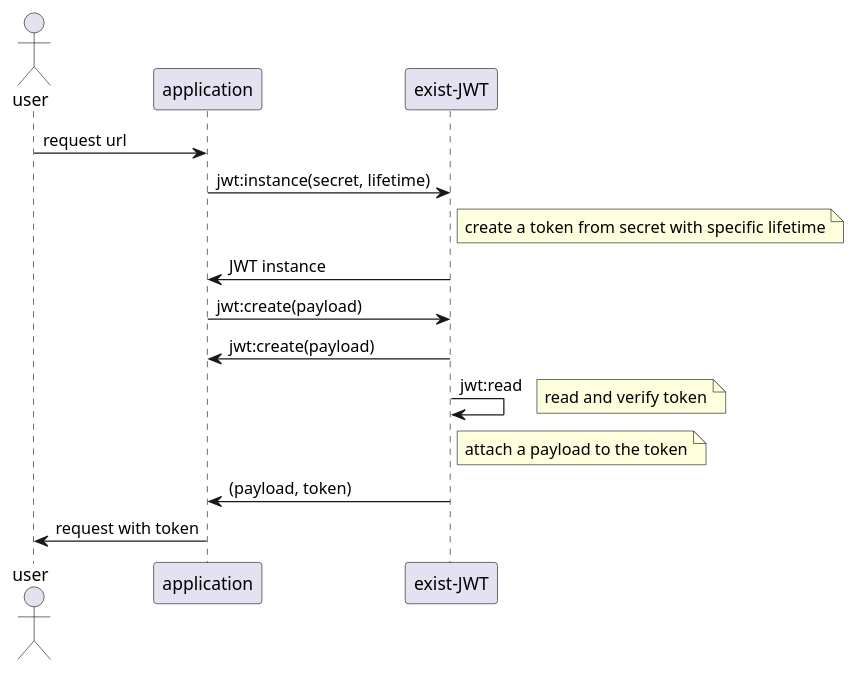
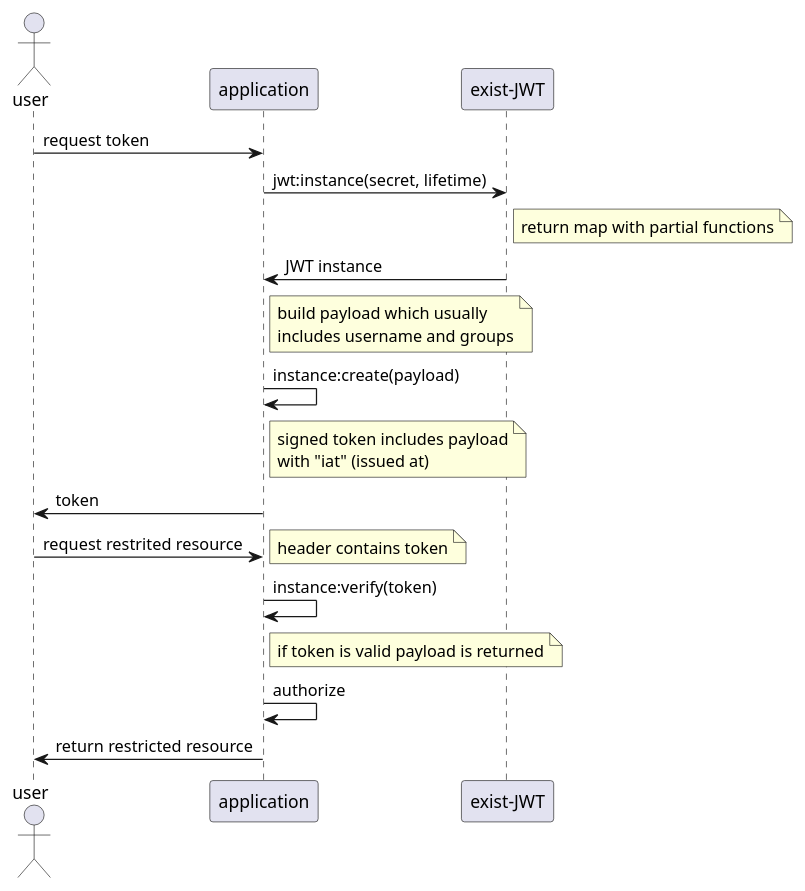
Before and after one commit to eXistSolutions/exist-jwt: the diagram in doc/interaction-diagram.puml, drawn with PlantUML. The commit also changed 2 other files, not shown here.

Commit message:
updated interaction diagram and linked it up in README.MD

```diff
--- a/doc/interaction-diagram.puml
+++ b/doc/interaction-diagram.puml
@@ -1,32 +1,38 @@
 @startuml
 
 actor user
-user -> application: request url
+user -> application: request token
 
 application -> "exist-JWT": jwt:instance(secret, lifetime)
 note right of "exist-JWT"
-create a token from secret with specific lifetime
+return map with partial functions
 end note
 
 "exist-JWT" -> application: JWT instance
+note right of application
+build payload which usually
+includes username and groups
+end note
+
+
+application -> application:instance:create(payload)
+note right of application
+signed token includes payload
+with "iat" (issued at)
+end note
+application -> user: token
+
+user -> application: request restrited resource
+note right: header contains token
+
+application -> application: instance:verify(token)
+note right of application
+if token is valid payload is returned
+end note
+application -> application:  authorize
 
 
 
-
-application -> "exist-JWT":jwt:create(payload)
-
-"exist-JWT" -> application: jwt:create(payload)
-"exist-JWT" -> "exist-JWT": jwt:read
-note right: read and verify token
-
-
-
-note right of "exist-JWT"
-attach a payload to the token
-end note
-"exist-JWT" -> application: (payload, token)
-
-
-application -> user: request with token
+application -> user: return restricted resource
 
 @enduml
```
